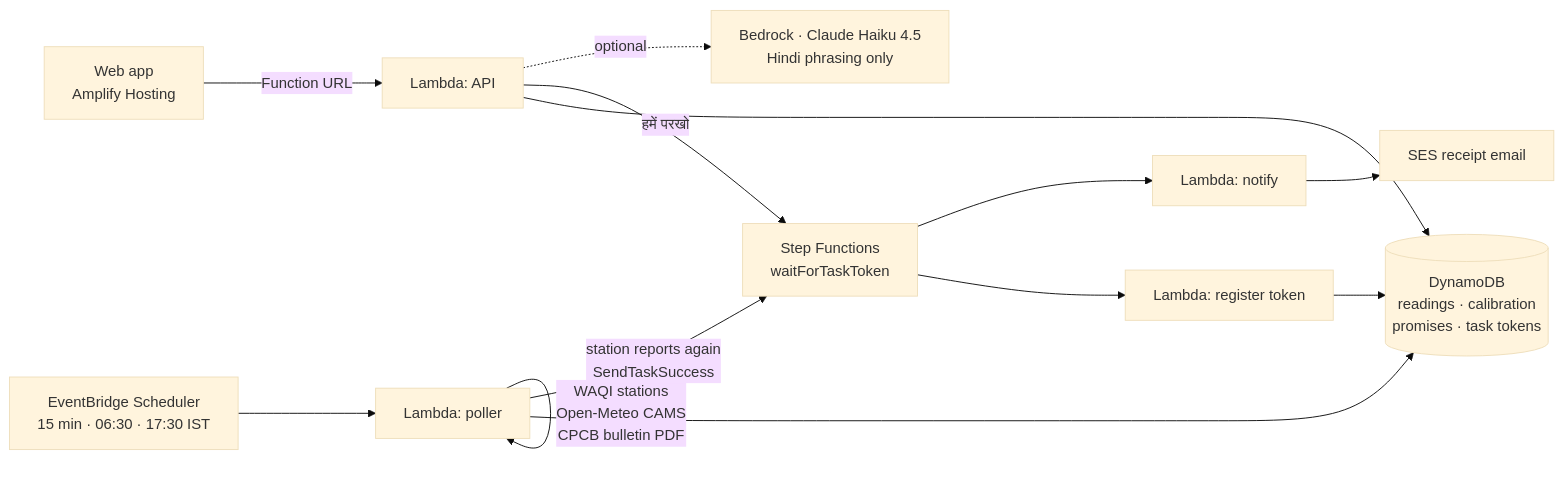
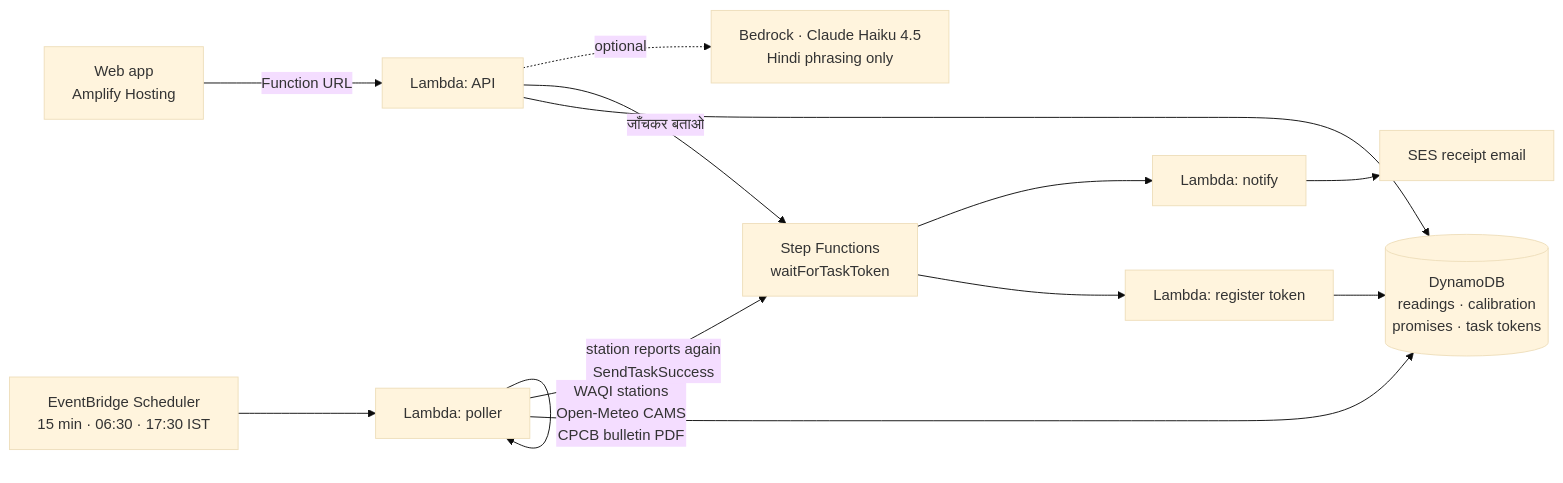
Before and after one commit to Cubix33/taaza-hawa: the diagram in README.md, drawn with Mermaid (base theme). The commit also changed other lines of this file and 5 other files, not shown here.

````diff
--- a/README.md
+++ b/README.md
@@ -38,13 +38,13 @@
 ```mermaid
 flowchart LR
   S[EventBridge Scheduler<br/>15 min · 06:30 · 17:30 IST] --> P[Lambda: poller]
   P -->|WAQI stations<br/>Open-Meteo CAMS<br/>CPCB bulletin PDF| P
   P --> D[(DynamoDB<br/>readings · calibration<br/>promises · task tokens)]
   W[Web app<br/>Amplify Hosting] -->|Function URL| A[Lambda: API]
   A --> D
-  A -->|हमें परखो| SF[Step Functions<br/>waitForTaskToken]
+  A -->|जाँचकर बताओ| SF[Step Functions<br/>waitForTaskToken]
   SF --> R[Lambda: register token] --> D
   P -->|station reports again<br/>SendTaskSuccess| SF
   SF --> N[Lambda: notify] --> E[SES receipt email]
   A -.optional.-> B[Bedrock · Claude Haiku 4.5<br/>Hindi phrasing only]
 ```
````
